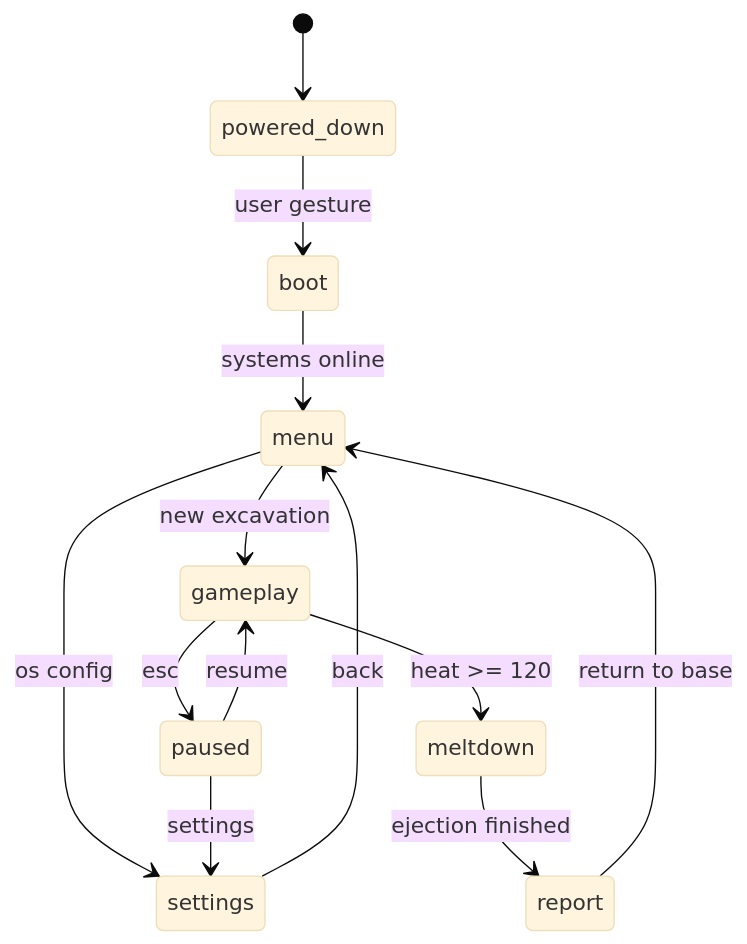
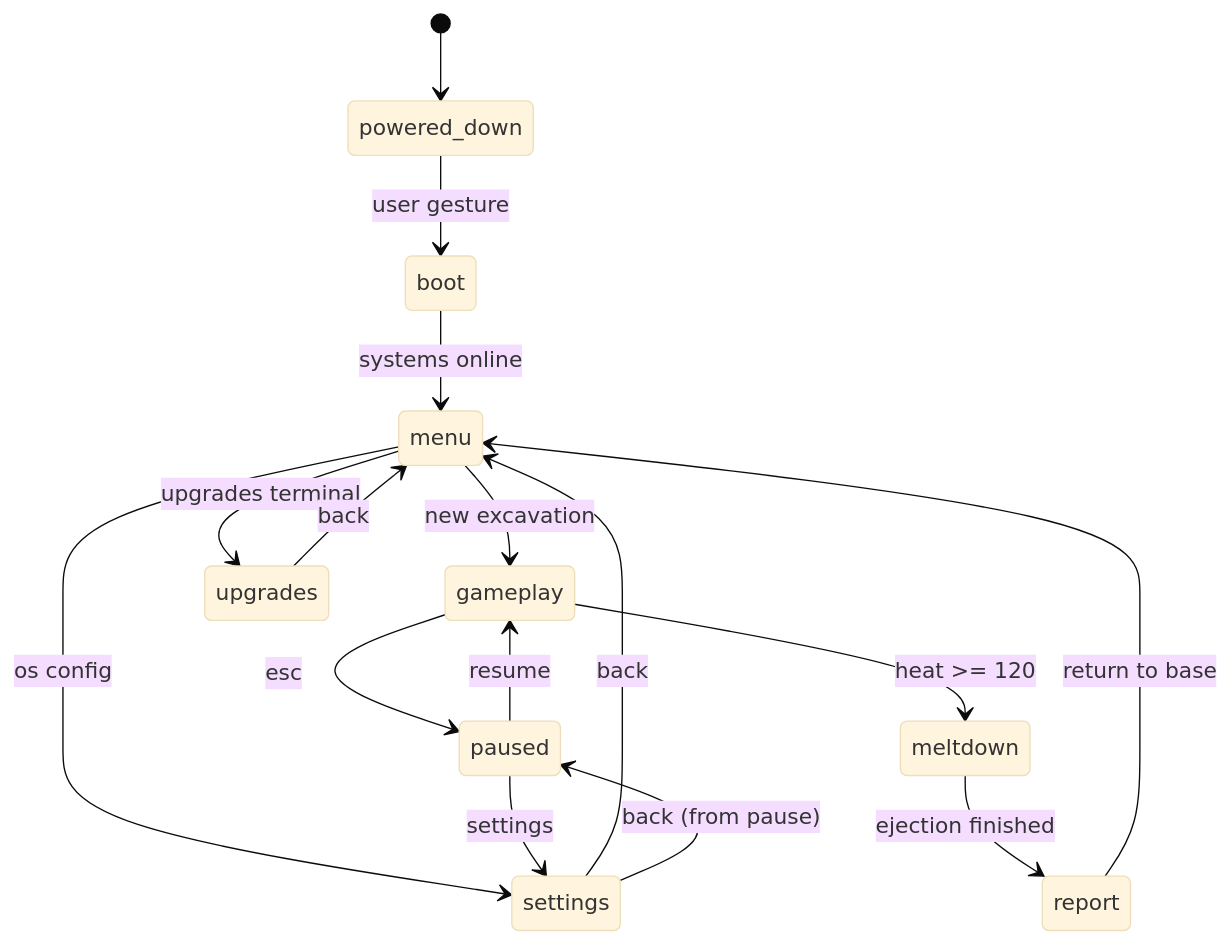
Before and after one commit to arcade-cabinet/overheat-titan-extraction: the first of 3 diagrams in docs/architecture/overview.md, drawn with Mermaid (base theme). The commit also changed 18 other files, not shown here.

````diff
--- a/docs/architecture/overview.md
+++ b/docs/architecture/overview.md
@@ -80,15 +80,18 @@
 ```mermaid
 stateDiagram-v2
     [*] --> powered_down
     powered_down --> boot : user gesture
     boot --> menu : systems online
     menu --> gameplay : new excavation
     menu --> settings : os config
+    menu --> upgrades : upgrades terminal
     settings --> menu : back
+    upgrades --> menu : back
     gameplay --> paused : esc
     paused --> gameplay : resume
     paused --> settings : settings
+    settings --> paused : back (from pause)
     gameplay --> meltdown : heat >= 120
     meltdown --> report : ejection finished
     report --> menu : return to base
 ```
````
